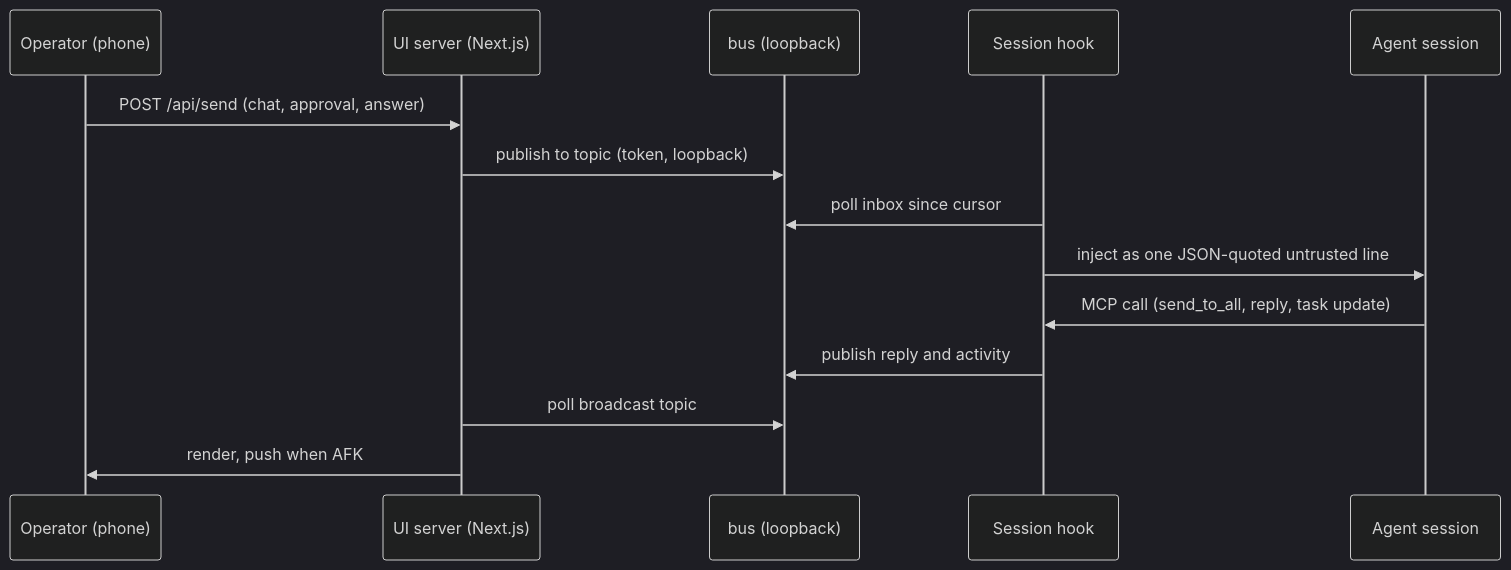
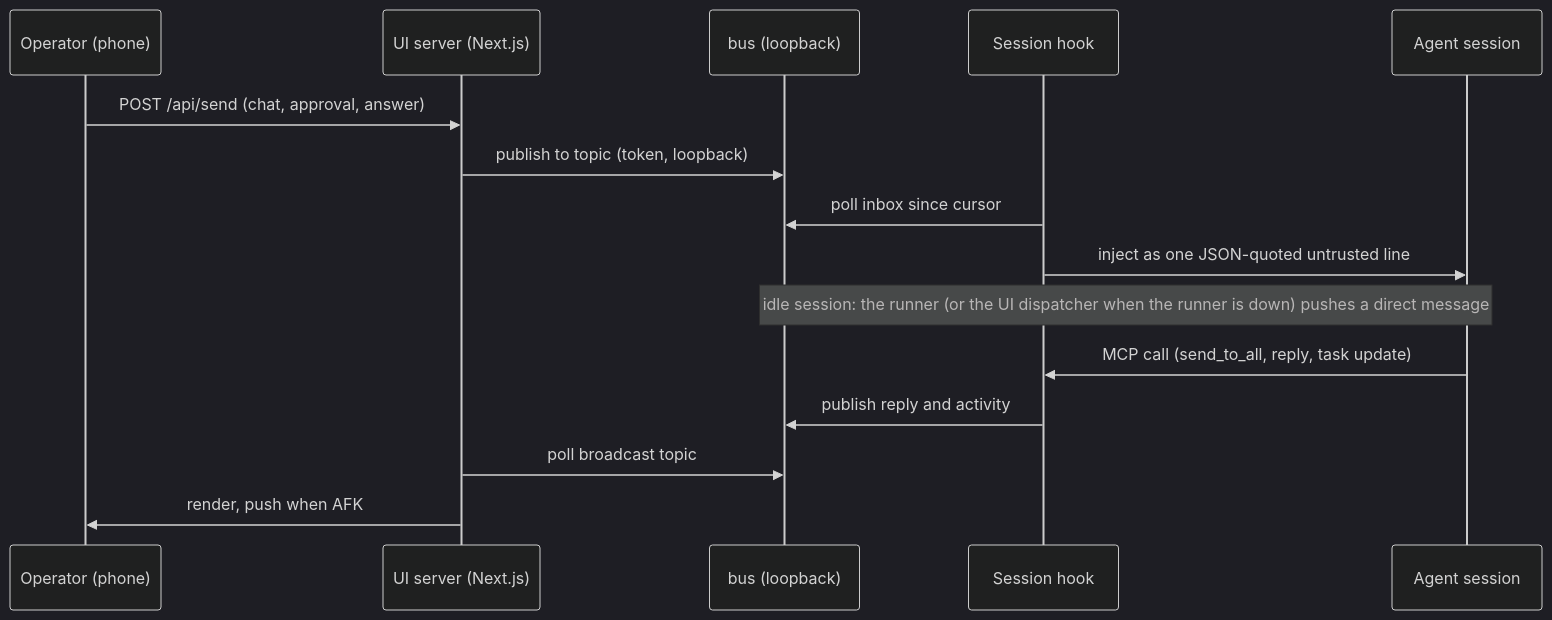
The second of 3 diagrams in docs/architecture-diagrams.md (bcmyguest/ai-collab), drawn with Mermaid (dark theme) before and after one commit. The commit also changed other lines of this file and 29 other files, not shown here.

````diff
--- a/docs/architecture-diagrams.md
+++ b/docs/architecture-diagrams.md
@@ -78,17 +84,18 @@
 ```mermaid
 sequenceDiagram
   participant O as Operator (phone)
   participant U as UI server (Next.js)
   participant N as bus (loopback)
   participant H as Session hook
   participant A as Agent session
 
   O->>U: POST /api/send (chat, approval, answer)
   U->>N: publish to topic (token, loopback)
   H->>N: poll inbox since cursor
   H->>A: inject as one JSON-quoted untrusted line
+  Note over N,A: idle session: the runner (or the UI dispatcher when the runner is down) pushes a direct message
   A->>H: MCP call (send_to_all, reply, task update)
   H->>N: publish reply and activity
   U->>N: poll broadcast topic
   U->>O: render, push when AFK
 ```
````
